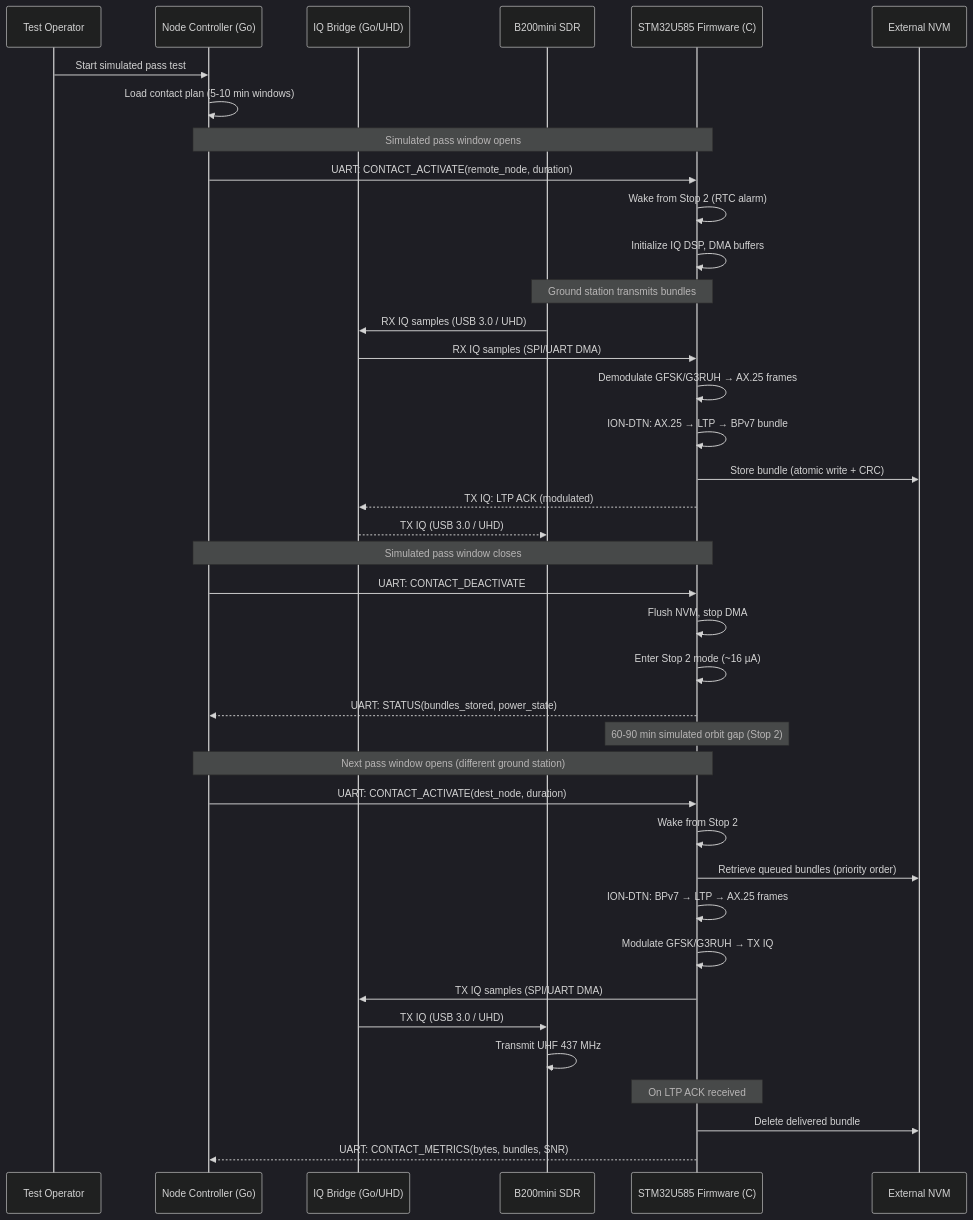
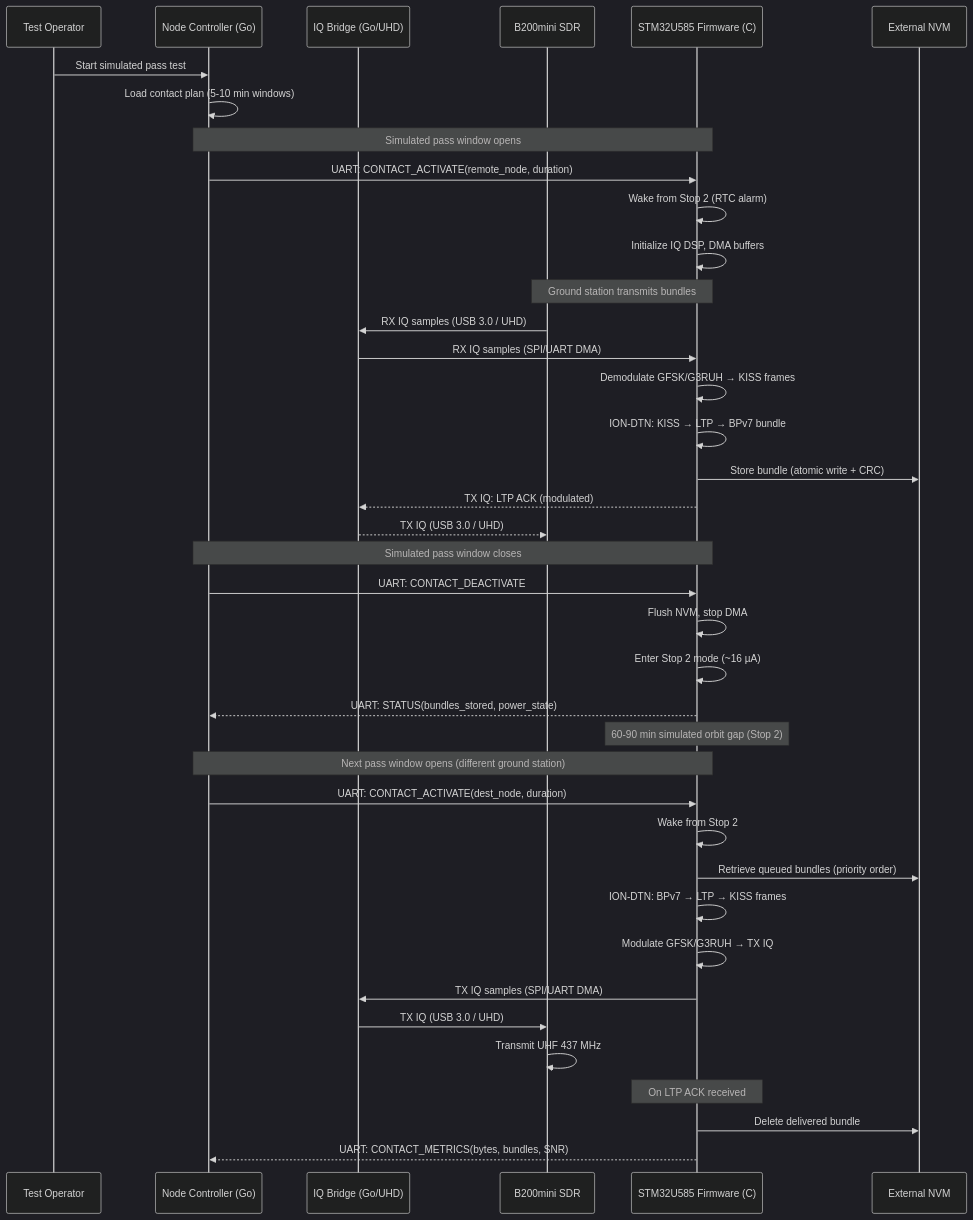
The fourth of 6 diagrams in docs/cubesat-em-phase2/design.md (g4dpz/cislunar_proposal), drawn with Mermaid (dark theme) before and after one commit. The commit also changed other lines of this file and 17 other files, not shown here.

Commit message:
Replace AX.25 with LTP-over-KISS and dtn:// EIDs across all specs, add cislunar redirect conf

````diff
--- a/docs/cubesat-em-phase2/design.md
+++ b/docs/cubesat-em-phase2/design.md
@@ -131,48 +131,48 @@
 ```mermaid
 sequenceDiagram
     participant Op as Test Operator
     participant NC as Node Controller (Go)
     participant IQB as IQ Bridge (Go/UHD)
     participant B200 as B200mini SDR
     participant FW as STM32U585 Firmware (C)
     participant NVM as External NVM
 
     Op->>NC: Start simulated pass test
     NC->>NC: Load contact plan (5-10 min windows)
 
     Note over NC,FW: Simulated pass window opens
     NC->>FW: UART: CONTACT_ACTIVATE(remote_node, duration)
     FW->>FW: Wake from Stop 2 (RTC alarm)
     FW->>FW: Initialize IQ DSP, DMA buffers
 
     Note over B200,FW: Ground station transmits bundles
     B200->>IQB: RX IQ samples (USB 3.0 / UHD)
     IQB->>FW: RX IQ samples (SPI/UART DMA)
-    FW->>FW: Demodulate GFSK/G3RUH → AX.25 frames
-    FW->>FW: ION-DTN: AX.25 → LTP → BPv7 bundle
+    FW->>FW: Demodulate GFSK/G3RUH → KISS frames
+    FW->>FW: ION-DTN: KISS → LTP → BPv7 bundle
     FW->>NVM: Store bundle (atomic write + CRC)
     FW-->>IQB: TX IQ: LTP ACK (modulated)
     IQB-->>B200: TX IQ (USB 3.0 / UHD)
 
     Note over NC,FW: Simulated pass window closes
     NC->>FW: UART: CONTACT_DEACTIVATE
     FW->>FW: Flush NVM, stop DMA
     FW->>FW: Enter Stop 2 mode (~16 µA)
     FW-->>NC: UART: STATUS(bundles_stored, power_state)
 
     Note over FW: 60-90 min simulated orbit gap (Stop 2)
 
     Note over NC,FW: Next pass window opens (different ground station)
     NC->>FW: UART: CONTACT_ACTIVATE(dest_node, duration)
     FW->>FW: Wake from Stop 2
     FW->>NVM: Retrieve queued bundles (priority order)
-    FW->>FW: ION-DTN: BPv7 → LTP → AX.25 frames
+    FW->>FW: ION-DTN: BPv7 → LTP → KISS frames
     FW->>FW: Modulate GFSK/G3RUH → TX IQ
     FW->>IQB: TX IQ samples (SPI/UART DMA)
     IQB->>B200: TX IQ (USB 3.0 / UHD)
     B200->>B200: Transmit UHF 437 MHz
 
     Note over FW: On LTP ACK received
     FW->>NVM: Delete delivered bundle
     FW-->>NC: UART: CONTACT_METRICS(bytes, bundles, SNR)
 ```
````
